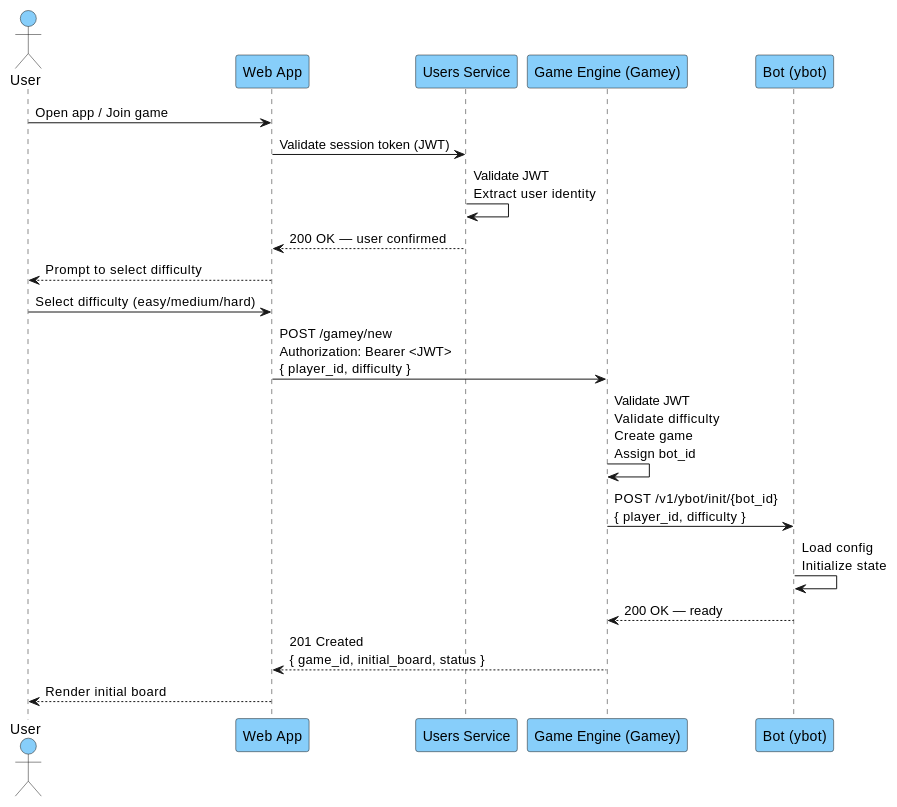
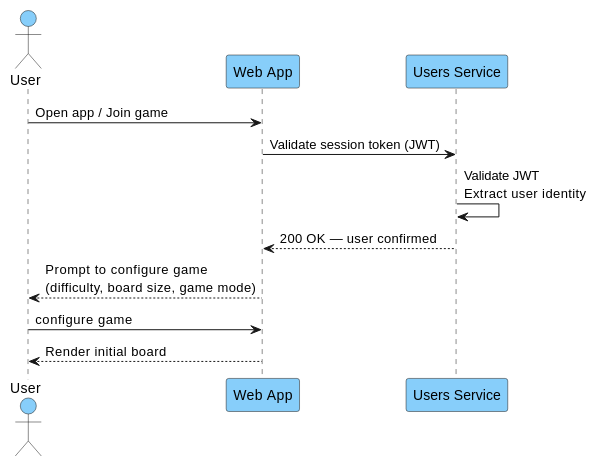
Before and after one commit to Arquisoft/yovi_es3b: the first of 3 diagrams in docs/src/06_runtime_view.adoc, drawn with PlantUML. The commit also changed other lines of this file and 2 other files, not shown here.

Commit message:
Fixed old diagrams

```diff
--- a/docs/src/06_runtime_view.adoc
+++ b/docs/src/06_runtime_view.adoc
@@ -10,30 +10,17 @@
 [plantuml,"Game Initialization Sequence with Difficulty",png]
 ----
 actor User #87CEFA
 participant "Web App" as Web #87CEFA
 participant "Users Service" as Users #87CEFA
-participant "Game Engine (Gamey)" as Gamey #87CEFA
-participant "Bot (ybot)" as Bot #87CEFA
 
 User -> Web: Open app / Join game
 
 Web -> Users: Validate session token (JWT)
 Users -> Users: Validate JWT\nExtract user identity
 Users --> Web: 200 OK — user confirmed
 
-Web --> User: Prompt to select difficulty
-User -> Web: Select difficulty (easy/medium/hard)
-
-Web -> Gamey: POST /gamey/new\nAuthorization: Bearer <JWT>\n{ player_id, difficulty }
-
-Gamey -> Gamey: Validate JWT\nValidate difficulty\nCreate game\nAssign bot_id
-
-Gamey -> Bot: POST /v1/ybot/init/{bot_id}\n{ player_id, difficulty }
-
-Bot -> Bot: Load config\nInitialize state
-Bot --> Gamey: 200 OK — ready
-
-Gamey --> Web: 201 Created\n{ game_id, initial_board, status }
+Web --> User: Prompt to configure game\n(difficulty, board size, game mode)
+User -> Web: configure game
 
 Web --> User: Render initial board
 ----
```
